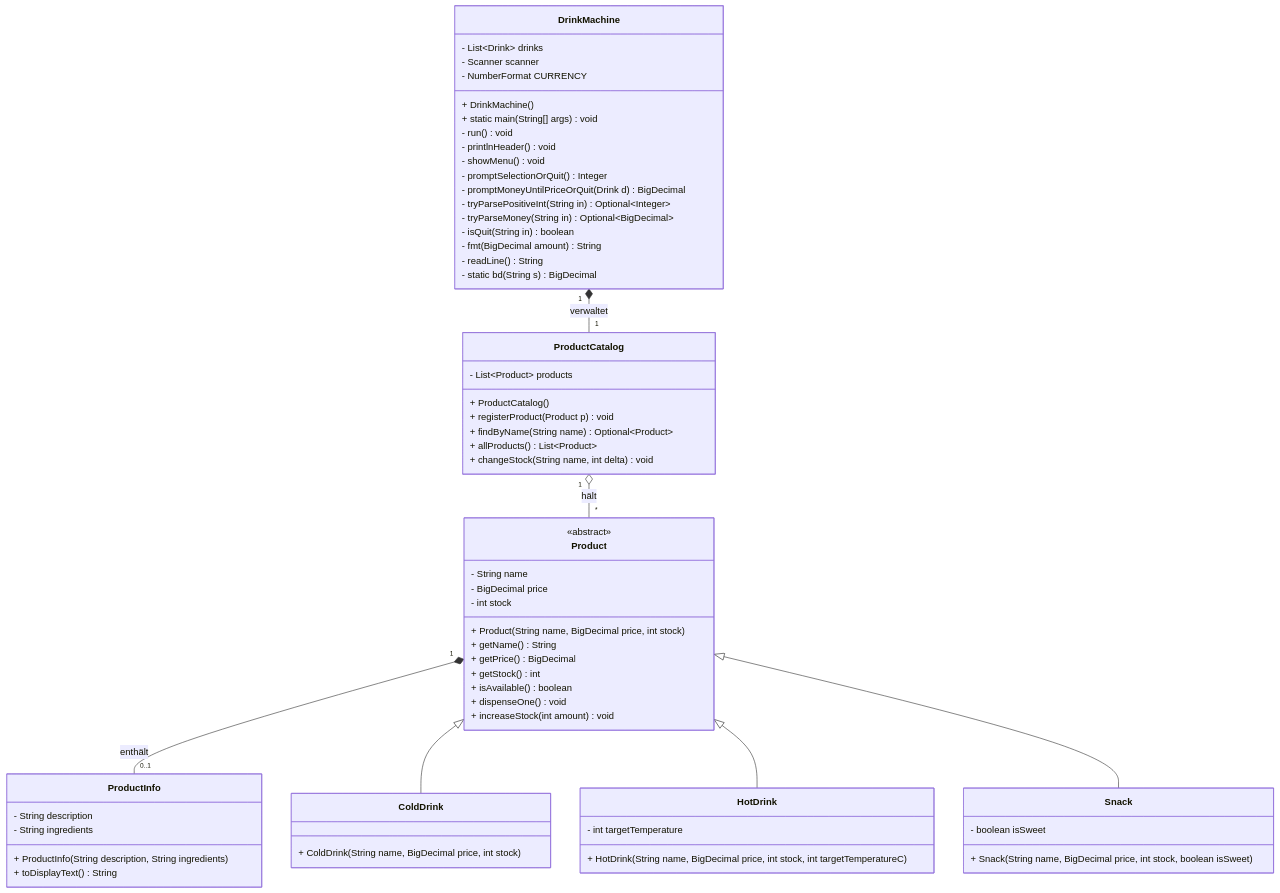
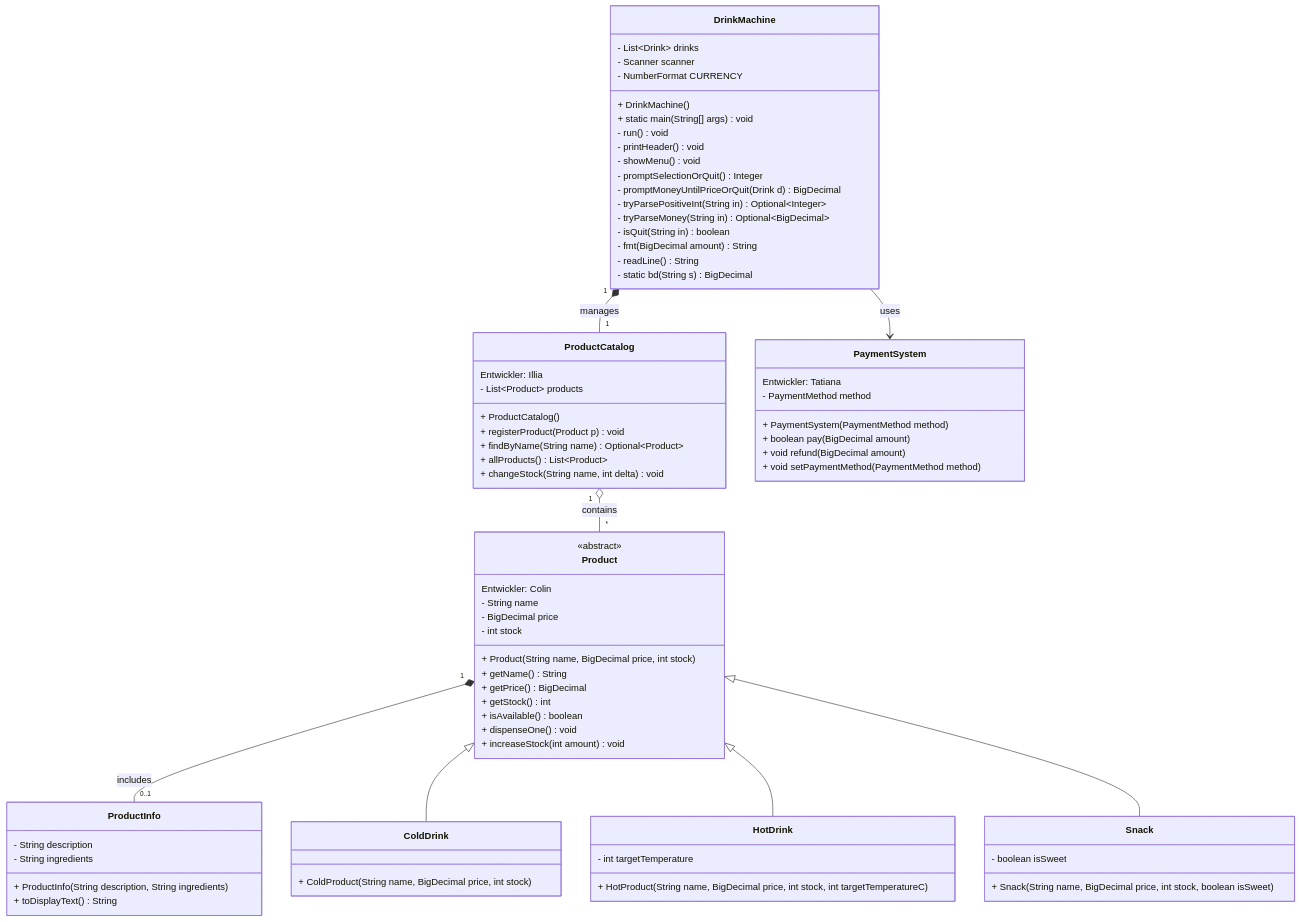
One commit to IlyaBashlyaev/DrinkMachine changed the diagram in Dokumentation/UML.md. Above: the diagram before and after it, drawn with Mermaid. The commit also changed 8 other files, not shown here.

Commit message:
Add classes Product and ProductCatalog

````diff
--- a/Dokumentation/UML.md
+++ b/Dokumentation/UML.md
@@ -1,74 +1,86 @@
 ```mermaid
 classDiagram
-    class DrinkMachine {
-        - List~Drink~ drinks
-        - Scanner scanner
-        - NumberFormat CURRENCY
+  class DrinkMachine {
+      - List~Drink~ drinks
+      - Scanner scanner
+      - NumberFormat CURRENCY
 
-        + DrinkMachine()
-        + static main(String[] args) void
+      + DrinkMachine()
+      + static main(String[] args) void
 
-        - run() void
-        - printlnHeader() void
-        - showMenu() void
-        - promptSelectionOrQuit() Integer
-        - promptMoneyUntilPriceOrQuit(Drink d) BigDecimal
-        - tryParsePositiveInt(String in) Optional~Integer~
-        - tryParseMoney(String in) Optional~BigDecimal~
-        - isQuit(String in) boolean
-        - fmt(BigDecimal amount) String
-        - readLine() String
-        - static bd(String s) BigDecimal
-    }
+      - run() void
+      - printHeader() void
+      - showMenu() void
+      - promptSelectionOrQuit() Integer
+      - promptMoneyUntilPriceOrQuit(Drink d) BigDecimal
+      - tryParsePositiveInt(String in) Optional~Integer~
+      - tryParseMoney(String in) Optional~BigDecimal~
+      - isQuit(String in) boolean
+      - fmt(BigDecimal amount) String
+      - readLine() String
+      - static bd(String s) BigDecimal
+  }
 
-    class Product {
-        <<abstract>>
-        - String name
-        - BigDecimal price
-        - int stock
-        + Product(String name, BigDecimal price, int stock)
-        + getName() String
-        + getPrice() BigDecimal
-        + getStock() int
-        + isAvailable() boolean
-        + dispenseOne() void
-        + increaseStock(int amount) void
-    }
+  class Product {
+      Entwickler: Colin
+      <<abstract>>
+      - String name
+      - BigDecimal price
+      - int stock
+      + Product(String name, BigDecimal price, int stock)
+      + getName() String
+      + getPrice() BigDecimal
+      + getStock() int
+      + isAvailable() boolean
+      + dispenseOne() void
+      + increaseStock(int amount) void
+  }
 
-    class ColdDrink {
-        + ColdDrink(String name, BigDecimal price, int stock)
-    }
+  class ColdDrink {
+      + ColdProduct(String name, BigDecimal price, int stock)
+  }
 
-    class HotDrink {
-        - int targetTemperature
-        + HotDrink(String name, BigDecimal price, int stock, int targetTemperatureC)
-    }
+  class HotDrink {
+      - int targetTemperature
+      + HotProduct(String name, BigDecimal price, int stock, int targetTemperatureC)
+  }
 
-    class Snack {
-        - boolean isSweet
-        + Snack(String name, BigDecimal price, int stock, boolean isSweet)
-    }
+  class Snack {
+      - boolean isSweet
+      + Snack(String name, BigDecimal price, int stock, boolean isSweet)
+  }
 
-    class ProductInfo {
-        - String description
-        - String ingredients
-        + ProductInfo(String description, String ingredients)
-        + toDisplayText() String
-    }
+  class ProductInfo {
+      - String description
+      - String ingredients
+      + ProductInfo(String description, String ingredients)
+      + toDisplayText() String
+  }
 
-    class ProductCatalog {
-        - List~Product~ products
-        + ProductCatalog()
-        + registerProduct(Product p) void
-        + findByName(String name) Optional~Product~
-        + allProducts() List~Product~
-        + changeStock(String name, int delta) void
-    }
+  class ProductCatalog {
+      Entwickler: Illia
+      - List~Product~ products
+      + ProductCatalog()
+      + registerProduct(Product p) void
+      + findByName(String name) Optional~Product~
+      + allProducts() List~Product~
+      + changeStock(String name, int delta) void
+  }
 
-    DrinkMachine "1" *-- "1" ProductCatalog : verwaltet
-    ProductCatalog "1" o-- "*" Product : hält
-    Product "1" *-- "0..1" ProductInfo : enthält
-    Product <|-- ColdDrink
-    Product <|-- HotDrink
-    Product <|-- Snack
+  class PaymentSystem {
+      Entwickler: Tatiana
+      - PaymentMethod method
+      + PaymentSystem(PaymentMethod method)
+      + boolean pay(BigDecimal amount)
+      + void refund(BigDecimal amount)
+      + void setPaymentMethod(PaymentMethod method)
+  }
+
+  DrinkMachine "1" *-- "1" ProductCatalog : manages
+  ProductCatalog "1" o-- "*" Product : contains
+  Product "1" *-- "0..1" ProductInfo : includes
+  Product <|-- ColdDrink
+  Product <|-- HotDrink
+  Product <|-- Snack
+  DrinkMachine --> PaymentSystem : uses
 ```
````
